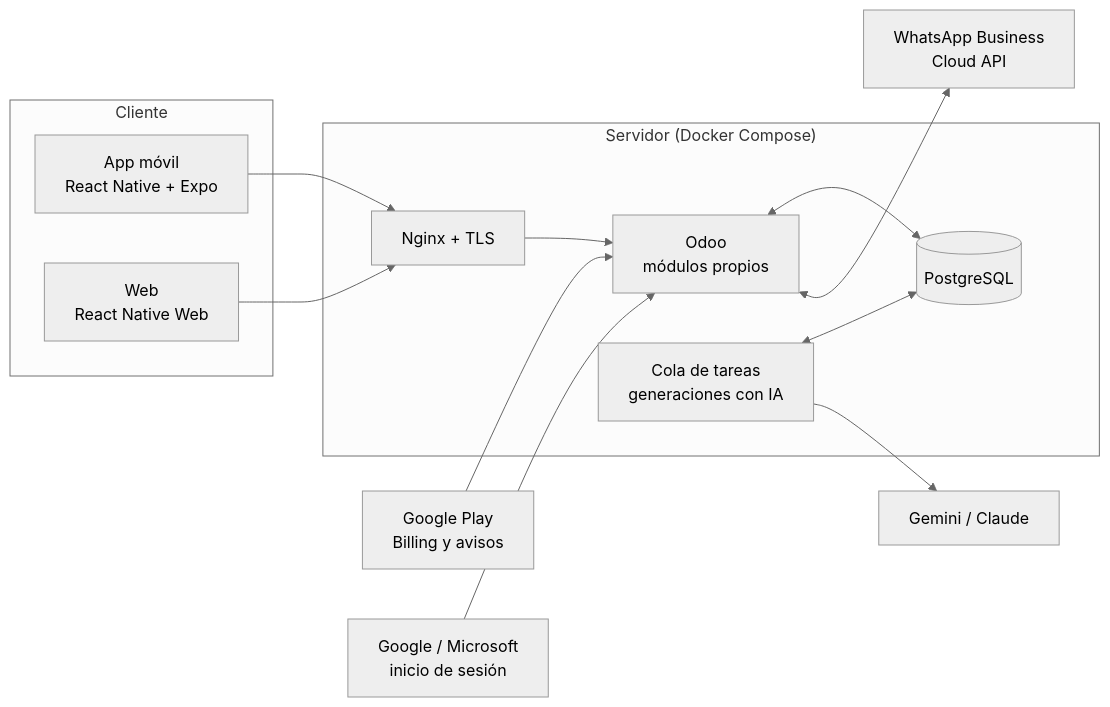
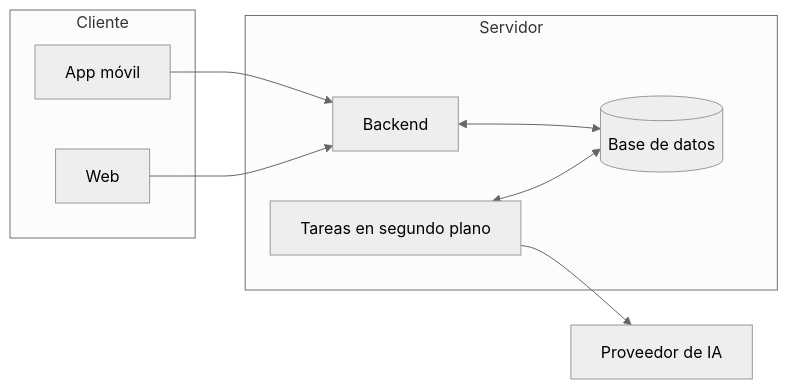
Before and after one commit to Jeisondls/planner-for-education: the diagram in README.md, drawn with Mermaid (neutral theme). The commit also changed other lines of this file, not shown here.

First line of the commit message:
docs: reduce architecture details in public README

````diff
--- a/README.md
+++ b/README.md
@@ -24,20 +24,16 @@
 ```mermaid
 flowchart LR
     subgraph Cliente
-        M[App móvil<br/>React Native + Expo]
-        W[Web<br/>React Native Web]
+        M[App móvil]
+        W[Web]
     end
-    subgraph Servidor["Servidor (Docker Compose)"]
-        N[Nginx + TLS]
-        O[Odoo<br/>módulos propios]
-        Q[Cola de tareas<br/>generaciones con IA]
-        D[(PostgreSQL)]
+    subgraph Servidor
+        A[Backend]
+        Q[Tareas en segundo plano]
+        D[(Base de datos)]
     end
-    M & W --> N --> O
-    O <--> D
+    M & W --> A
+    A <--> D
     Q <--> D
-    Q --> IA[Gemini / Claude]
-    O <--> WA[WhatsApp Business<br/>Cloud API]
-    GP[Google Play<br/>Billing y avisos] --> O
-    ID[Google / Microsoft<br/>inicio de sesión] --> O
+    Q --> IA[Proveedor de IA]
 ```
````
